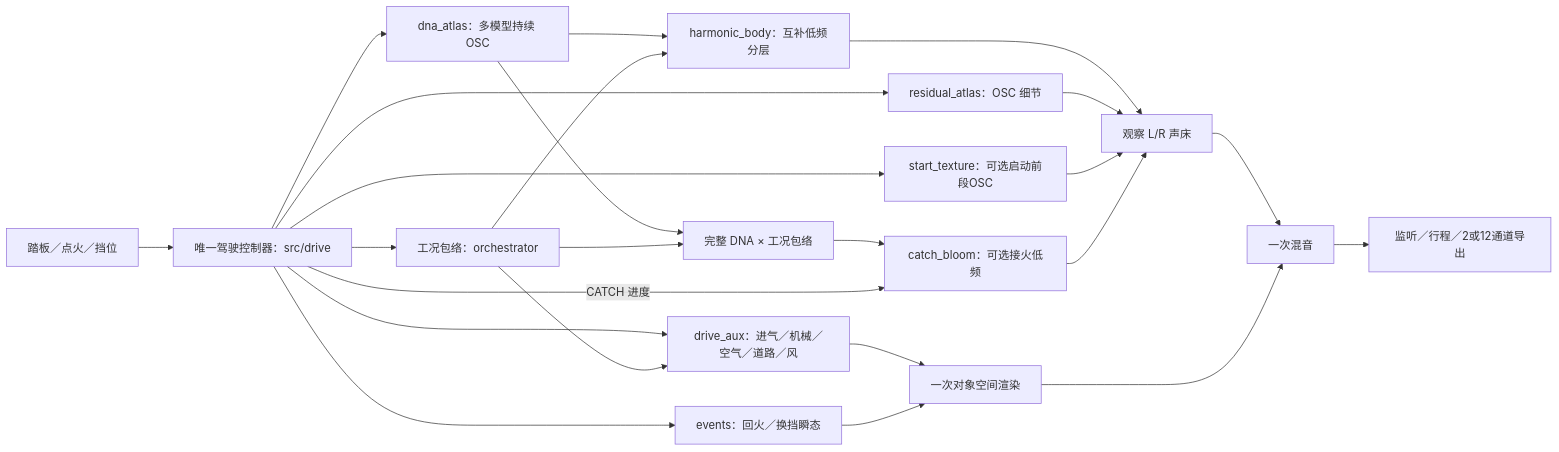
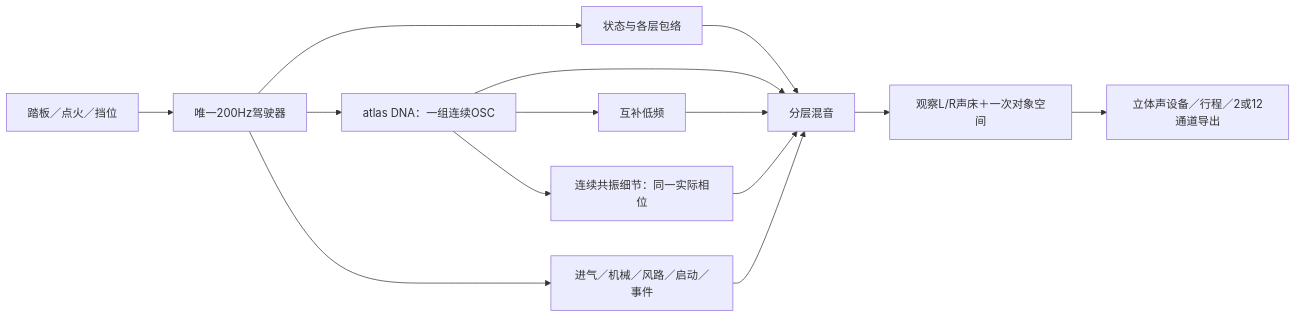
Before and after one commit to Kidrage/VehicleSoundLab: the diagram in handoff/算法说明.md, drawn with Mermaid. The commit also changed other lines of this file and 45 other files, not shown here.

````diff
--- a/handoff/算法说明.md
+++ b/handoff/算法说明.md
@@ -41,26 +7,16 @@
 ```mermaid
 flowchart LR
-    UI[踏板／点火／挡位] --> CTRL[唯一驾驶控制器：src/drive]
-    CTRL --> ENV[工况包络：orchestrator]
-    CTRL --> DNA[dna_atlas：多模型持续 OSC]
-    DNA --> BODY[harmonic_body：互补低频分层]
-    CTRL --> DETAIL[residual_atlas：OSC 细节]
-    CTRL --> AUX[drive_aux：进气／机械／空气／道路／风]
-    CTRL --> EVT[events：回火／换挡瞬态]
-    CTRL --> START[start_texture：可选启动前段OSC]
-    DNA --> FULL[完整 DNA × 工况包络]
-    ENV --> FULL
-    FULL --> CATCH[catch_bloom：可选接火低频]
-    CTRL -->|CATCH 进度| CATCH
-    ENV --> BODY
-    ENV --> AUX
-    BODY --> BUS[观察 L/R 声床]
-    DETAIL --> BUS
-    AUX --> SPACE[一次对象空间渲染]
-    EVT --> SPACE
-    START --> BUS
-    CATCH --> BUS
-    BUS --> MIX[一次混音]
-    SPACE --> MIX
-    MIX --> HOST[监听／行程／2或12通道导出]
+    UI[踏板／点火／挡位] --> DRIVE[唯一200Hz驾驶器]
+    DRIVE --> ENV[状态与各层包络]
+    DRIVE --> DNA[atlas DNA：一组连续OSC]
+    DNA --> BODY[互补低频]
+    DNA --> RD[连续共振细节：同一实际相位]
+    ENV --> MIX[分层混音]
+    DNA --> MIX
+    BODY --> MIX
+    RD --> MIX
+    DRIVE --> EXTRA[进气／机械／风路／启动／事件]
+    EXTRA --> MIX
+    MIX --> SPACE[观察L/R声床＋一次对象空间]
+    SPACE --> OUT[立体声设备／行程／2或12通道导出]
 ```
````
